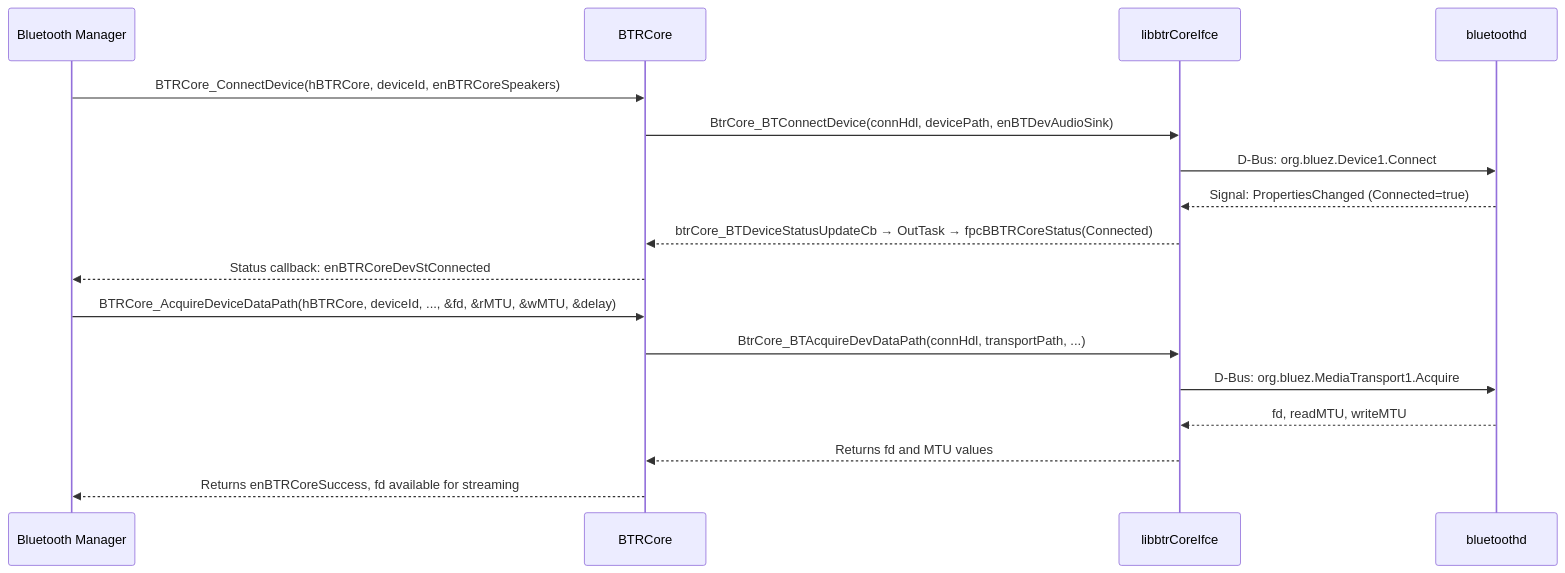
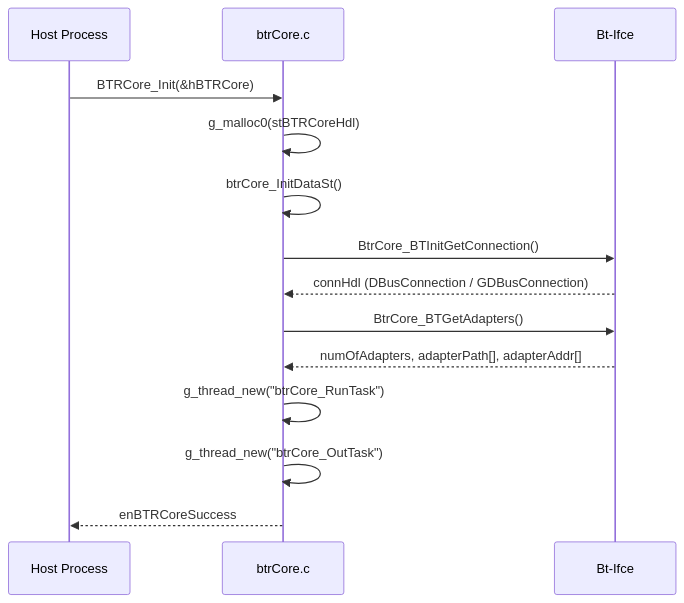
Before and after one commit to rns21/RDK_Documentation: the fourth of 7 diagrams in docs/docu/RDKV-Documentations/bluetooth-core.md, drawn with Mermaid. The commit also changed other lines of this file, not shown here.

````diff
--- a/docs/docu/RDKV-Documentations/bluetooth-core.md
+++ b/docs/docu/RDKV-Documentations/bluetooth-core.md
@@ -534,21 +197,17 @@
 ```mermaid
 sequenceDiagram
-    participant Mgr as Bluetooth Manager
-    participant Core as BTRCore
-    participant Ifce as libbtrCoreIfce
-    participant BlueZ as bluetoothd
+    participant Host as Host Process
+    participant BTRCore as btrCore.c
+    participant BtIfce as Bt-Ifce
 
-    Mgr->>Core: BTRCore_ConnectDevice(hBTRCore, deviceId, enBTRCoreSpeakers)
-    Core->>Ifce: BtrCore_BTConnectDevice(connHdl, devicePath, enBTDevAudioSink)
-    Ifce->>BlueZ: D-Bus: org.bluez.Device1.Connect
-    BlueZ-->>Ifce: Signal: PropertiesChanged (Connected=true)
-    Ifce-->>Core: btrCore_BTDeviceStatusUpdateCb → OutTask → fpcBBTRCoreStatus(Connected)
-    Core-->>Mgr: Status callback: enBTRCoreDevStConnected
-
-    Mgr->>Core: BTRCore_AcquireDeviceDataPath(hBTRCore, deviceId, ..., &fd, &rMTU, &wMTU, &delay)
-    Core->>Ifce: BtrCore_BTAcquireDevDataPath(connHdl, transportPath, ...)
-    Ifce->>BlueZ: D-Bus: org.bluez.MediaTransport1.Acquire
-    BlueZ-->>Ifce: fd, readMTU, writeMTU
-    Ifce-->>Core: Returns fd and MTU values
-    Core-->>Mgr: Returns enBTRCoreSuccess, fd available for streaming
+    Host->>BTRCore: BTRCore_Init(&hBTRCore)
+    BTRCore->>BTRCore: g_malloc0(stBTRCoreHdl)
+    BTRCore->>BTRCore: btrCore_InitDataSt()
+    BTRCore->>BtIfce: BtrCore_BTInitGetConnection()
+    BtIfce-->>BTRCore: connHdl (DBusConnection / GDBusConnection)
+    BTRCore->>BtIfce: BtrCore_BTGetAdapters()
+    BtIfce-->>BTRCore: numOfAdapters, adapterPath[], adapterAddr[]
+    BTRCore->>BTRCore: g_thread_new("btrCore_RunTask")
+    BTRCore->>BTRCore: g_thread_new("btrCore_OutTask")
+    BTRCore-->>Host: enBTRCoreSuccess
 ```
````
